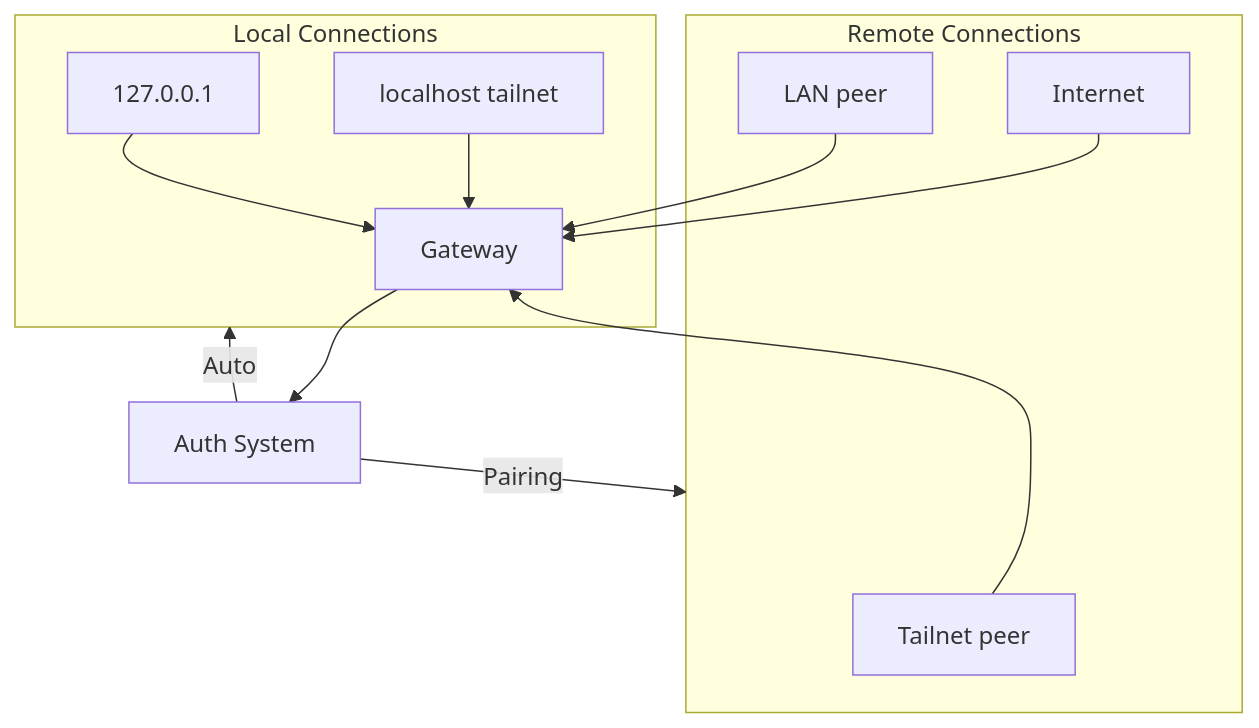
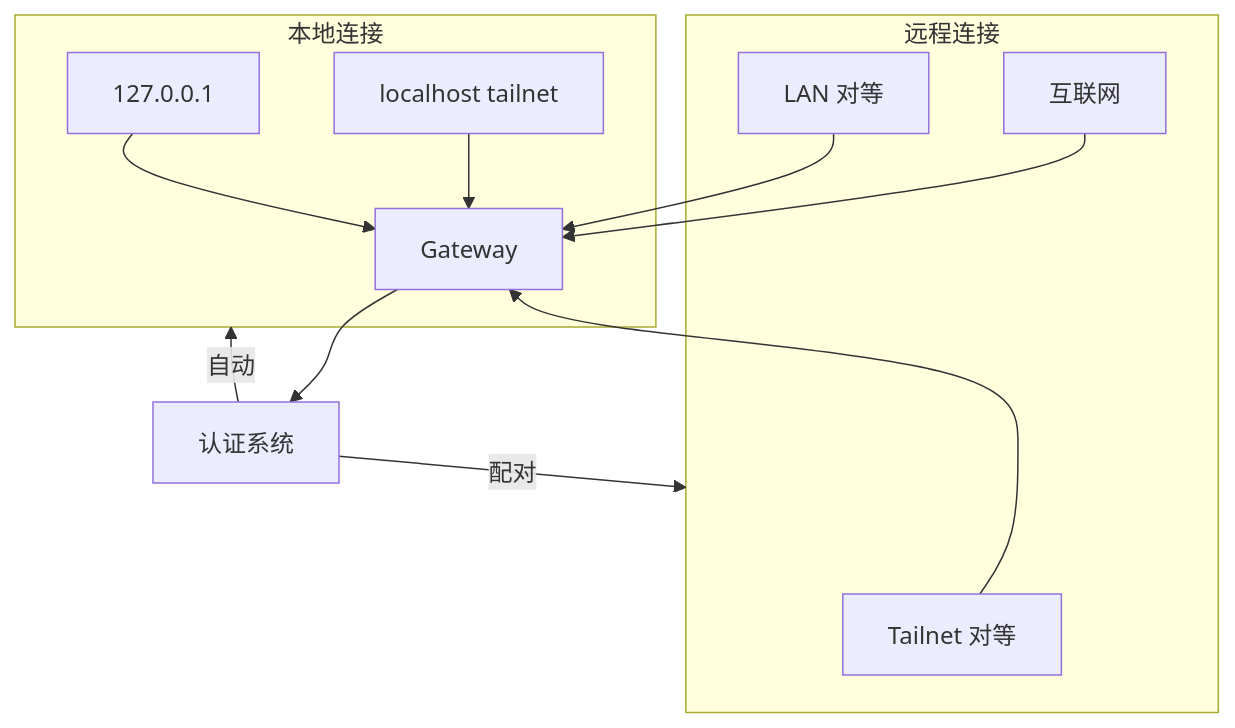
The third of 3 diagrams in docs/zh/architecture-book/part-4-gateway-protocol/05-auth-security.md (a576378368/openclaw_docs), drawn with Mermaid before and after one commit. The commit also changed other lines of this file and 4 other files, not shown here.

````diff
--- a/docs/zh/architecture-book/part-4-gateway-protocol/05-auth-security.md
+++ b/docs/zh/architecture-book/part-4-gateway-protocol/05-auth-security.md
@@ -222,18 +222,18 @@
 ```mermaid
 flowchart TB
-    subgraph Local["Local Connections"]
+    subgraph Local["本地连接"]
         Loop[127.0.0.1] --> Gateway
         TailscaleLocal[localhost tailnet] --> Gateway
     end
 
-    subgraph Remote["Remote Connections"]
-        Tailnet[Tailnet peer] --> Gateway
-        LAN[LAN peer] --> Gateway
-        Internet[Internet] --> Gateway
+    subgraph Remote["远程连接"]
+        Tailnet[Tailnet 对等] --> Gateway
+        LAN[LAN 对等] --> Gateway
+        Internet[互联网] --> Gateway
     end
 
-    Gateway --> Auth[Auth System]
+    Gateway --> Auth[认证系统]
 
-    Auth -->|Auto| Local
-    Auth -->|Pairing| Remote
+    Auth -->|自动| Local
+    Auth -->|配对| Remote
 ```
````
